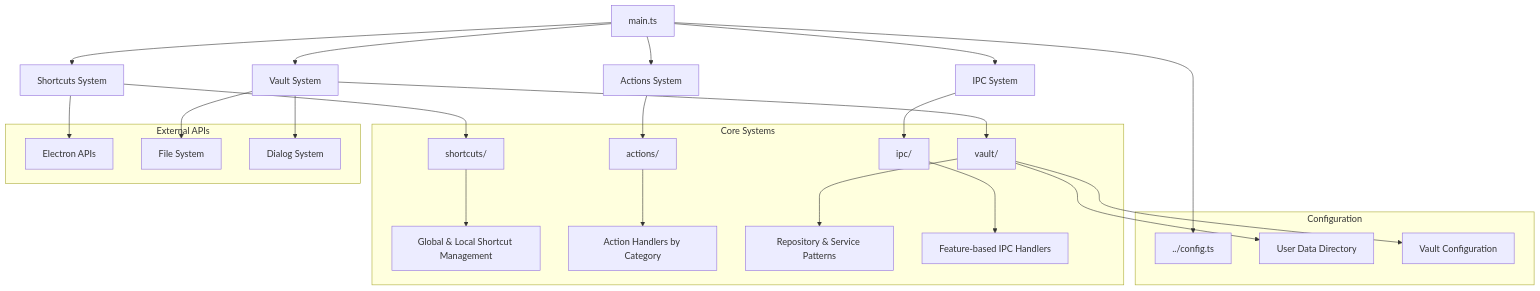
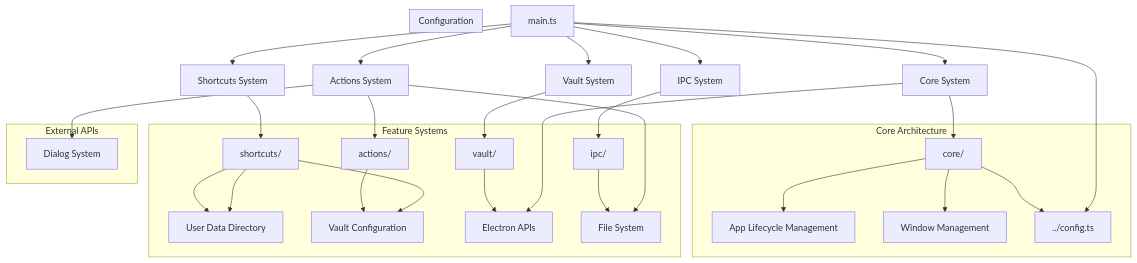
The first of 2 diagrams in electron/main/README.md (yish0/not.e), drawn with Mermaid before and after one commit. The commit also changed other lines of this file and 5 other files, not shown here.

````diff
--- a/electron/main/README.md
+++ b/electron/main/README.md
@@ -7,39 +7,47 @@
 ```mermaid
 graph TB
-    A[main.ts] --> B[Shortcuts System]
-    A --> C[Actions System]
-    A --> D[Vault System]
-    A --> E[IPC System]
+    A[main.ts] --> B[Core System]
+    A --> C[Shortcuts System]
+    A --> D[Actions System]
+    A --> E[Vault System]
+    A --> F[IPC System]
 
-    B --> F[shortcuts/]
-    C --> G[actions/]
-    D --> H[vault/]
-    E --> I[ipc/]
+    B --> G[core/]
+    C --> H[shortcuts/]
+    D --> I[actions/]
+    E --> J[vault/]
+    F --> K[ipc/]
 
-    subgraph "Core Systems"
-        F --> J[Global & Local Shortcut Management]
-        G --> K[Action Handlers by Category]
-        H --> L[Repository & Service Patterns]
-        I --> M[Feature-based IPC Handlers]
+    subgraph "Core Architecture"
+        G --> L[App Lifecycle Management]
+        G --> M[Window Management]
+        G --> N[System Integration]
+    end
+
+    subgraph "Feature Systems"
+        H --> O[Global & Local Shortcut Management]
+        I --> P[Action Handlers by Category]
+        J --> Q[Repository & Service Patterns]
+        K --> R[Feature-based IPC Handlers]
     end
 
     subgraph "Configuration"
         N[../config.ts]
         O[User Data Directory]
         P[Vault Configuration]
     end
 
     A --> N
     H --> O
     H --> P
 
     subgraph "External APIs"
         Q[Electron APIs]
         R[File System]
         S[Dialog System]
     end
 
     B --> Q
     D --> R
     D --> S
 ```
````
